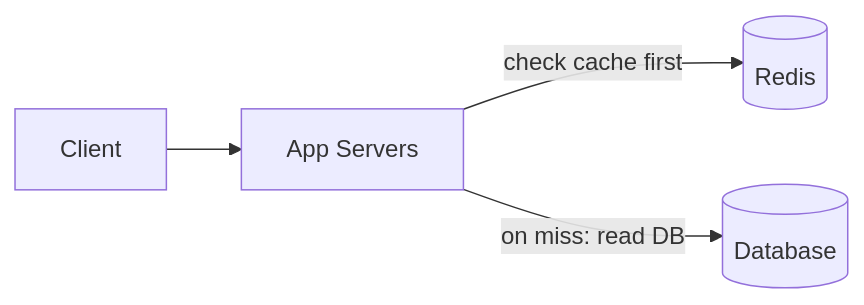
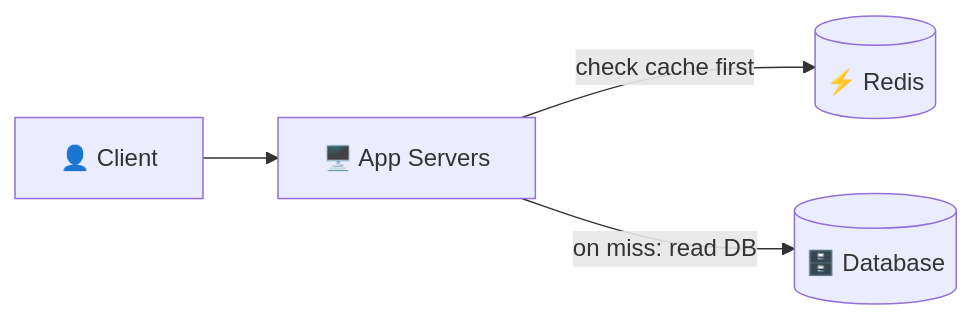
The first of 13 diagrams in hello-interview/core-concepts/caching.md (visheshkodwani/HLD), drawn with Mermaid before and after one commit. The commit also changed other lines of this file and 7 other files, not shown here.

First line of the commit message:
Give HLD its own Ember theme, richer diagrams, sidebar sections

````diff
--- a/hello-interview/core-concepts/caching.md
+++ b/hello-interview/core-concepts/caching.md
@@ -75,6 +75,6 @@
 ```mermaid
 flowchart LR
-    C["Client"] --> A["App Servers"]
-    A -->|"check cache first"| R[("Redis")]
-    A -->|"on miss: read DB"| D[("Database")]
+    C["👤 Client"] --> A["🖥️ App Servers"]
+    A -->|"check cache first"| R[("⚡ Redis")]
+    A -->|"on miss: read DB"| D[("🗄️ Database")]
 ```
````
